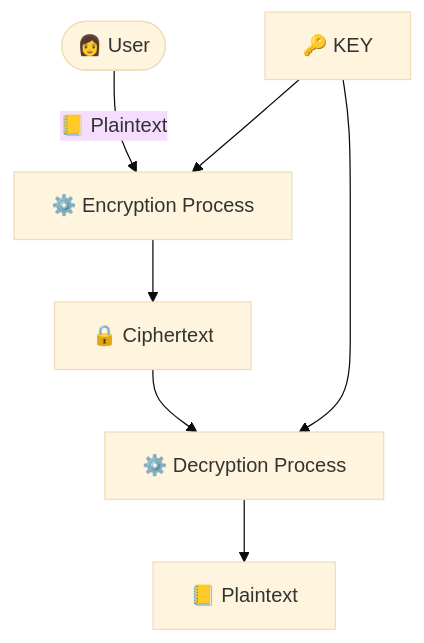
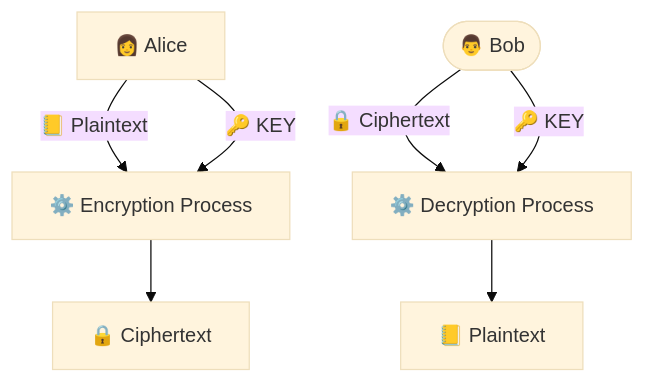
Before and after one commit to cesarsotovalero/cesarsotovalero.github.io: the first of 3 diagrams in _posts/2023/2023-08-13-a-prime-on-public-key-infrastructure.md, drawn with Mermaid. The commit also changed other lines of this file, not shown here.

```diff
--- a/_posts/2023/2023-08-13-a-prime-on-public-key-infrastructure.md
+++ b/_posts/2023/2023-08-13-a-prime-on-public-key-infrastructure.md
@@ -98,11 +116,10 @@
 {% mermaid %}
 %%{init: {'theme':'base'}}%%
 flowchart TB;
-U(["👩 User"]) --> |"📒 Plaintext"| C["⚙️ Encryption Process"]
-KEY["🔑 KEY"]
-KEY --> C
-C --> K["🔒 Ciphertext"]
-K --> F["⚙️ Decryption Process"]
-KEY --> F
-F --> G["📒 Plaintext"]
+U1(["👩 Alice"]) --> |"📒 Plaintext"| E["⚙️ Encryption Process"]
+U1["👩 Alice"] --> |"🔑 KEY"| E["⚙️ Encryption Process"]
+E --> C["🔒 Ciphertext"]
+U2(["👨 Bob"]) --> |"🔒 Ciphertext"| D["⚙️ Decryption Process"]
+U2(["👨 Bob"]) --> |"🔑 KEY"| D["⚙️ Decryption Process"]
+D --> P["📒 Plaintext"]
 {% endmermaid %}
```
